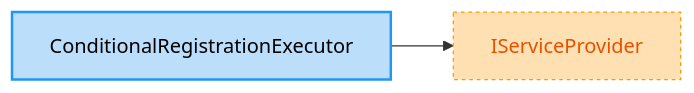
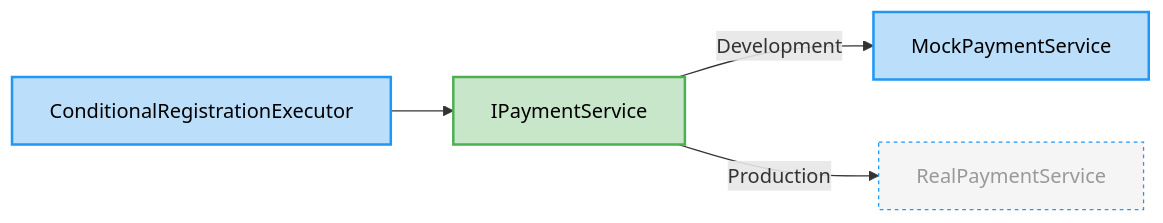
Before and after one commit to arika0093/Qudi: the diagram in examples/Qudi.Example.Readme/exported/ConditionalRegistrationExecutor.md, drawn with Mermaid. The commit also changed 12 other files, not shown here.

````diff
--- a/examples/Qudi.Example.Readme/exported/ConditionalRegistrationExecutor.md
+++ b/examples/Qudi.Example.Readme/exported/ConditionalRegistrationExecutor.md
@@ -1,11 +1,18 @@
 ```mermaid
 flowchart LR
     Qudi_Examples_ConditionalRegistration_ConditionalRegistrationExecutor["ConditionalRegistrationExecutor"]
-    System_IServiceProvider["IServiceProvider"]
-    Qudi_Examples_ConditionalRegistration_ConditionalRegistrationExecutor --> System_IServiceProvider
+    Qudi_Examples_ConditionalRegistration_IPaymentService["IPaymentService"]
+    Qudi_Examples_ConditionalRegistration_MockPaymentService["MockPaymentService"]
+    Qudi_Examples_ConditionalRegistration_RealPaymentService["RealPaymentService"]
+    Qudi_Examples_ConditionalRegistration_ConditionalRegistrationExecutor --> Qudi_Examples_ConditionalRegistration_IPaymentService
+    Qudi_Examples_ConditionalRegistration_IPaymentService -->|Development| Qudi_Examples_ConditionalRegistration_MockPaymentService
+    Qudi_Examples_ConditionalRegistration_IPaymentService -->|Production| Qudi_Examples_ConditionalRegistration_RealPaymentService
+    classDef interface fill:#c8e6c9,stroke:#4caf50,stroke-width:2px,color:#000;
+    class Qudi_Examples_ConditionalRegistration_IPaymentService interface;
     classDef cls fill:#bbdefb,stroke:#2196f3,stroke-width:2px,color:#000;
     class Qudi_Examples_ConditionalRegistration_ConditionalRegistrationExecutor cls;
-    classDef external fill:#ffe0b2,stroke:#ff9800,stroke-width:1px,stroke-dasharray:3 3,color:#e65100;
-    class System_IServiceProvider external;
+    class Qudi_Examples_ConditionalRegistration_MockPaymentService cls;
+    classDef unmatchedCls fill:#f5f5f5,stroke:#2196f3,stroke-width:1px,stroke-dasharray:3 3,color:#999;
+    class Qudi_Examples_ConditionalRegistration_RealPaymentService unmatchedCls;
 
 ```
````
